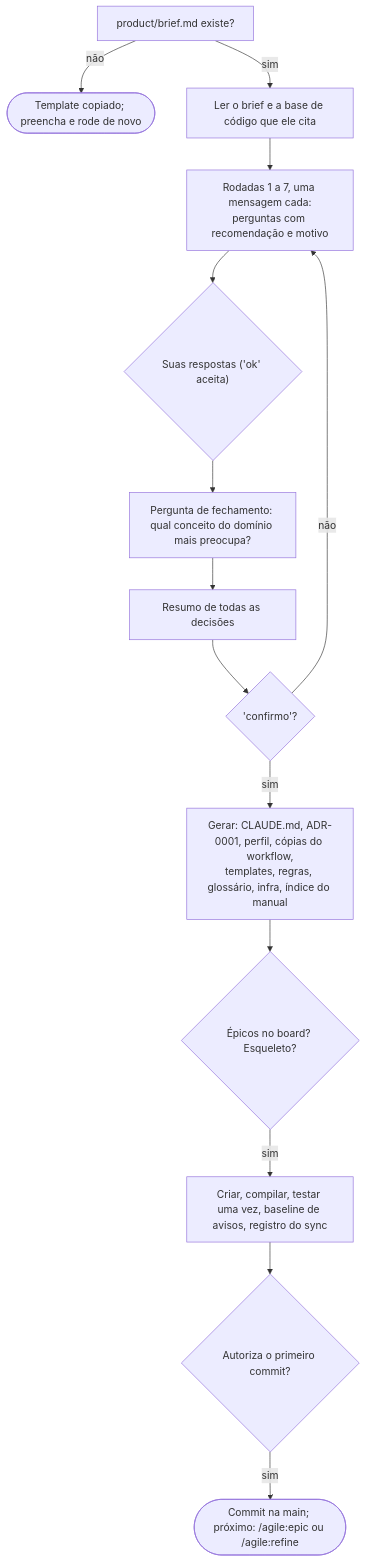
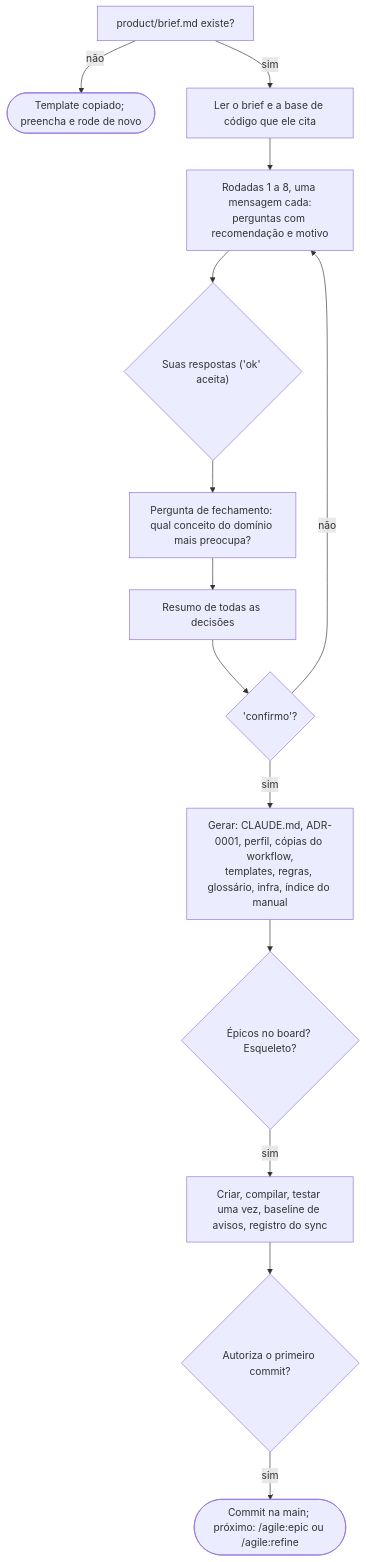
One commit to alexcanario/simulab changed the second of 15 diagrams in docs/agile/workflow.pt-BR.md. Above: the diagram before and after it, drawn with Mermaid. The commit also changed other lines of this file and 2 other files, not shown here.

````diff
--- a/docs/agile/workflow.pt-BR.md
+++ b/docs/agile/workflow.pt-BR.md
@@ -833,16 +856,16 @@
 ```mermaid
 flowchart TD
     A["product/brief.md existe?"] -->|não| A1(["Template copiado; preencha e rode de novo"])
     A -->|sim| B["Ler o brief e a base de código que ele cita"]
-    B --> C["Rodadas 1 a 7, uma mensagem cada:<br/>perguntas com recomendação e motivo"]
+    B --> C["Rodadas 1 a 8, uma mensagem cada:<br/>perguntas com recomendação e motivo"]
     C --> D{"Suas respostas ('ok' aceita)"}
     D --> E["Pergunta de fechamento: qual conceito do domínio mais preocupa?"]
     E --> F["Resumo de todas as decisões"]
     F --> G{"'confirmo'?"}
     G -->|não| C
     G -->|sim| H["Gerar: CLAUDE.md, ADR-0001, perfil, cópias do workflow,<br/>templates, regras, glossário, infra, índice do manual"]
     H --> I{"Épicos no board? Esqueleto?"}
     I -->|sim| J["Criar, compilar, testar uma vez, baseline de avisos, registro do sync"]
     J --> K{"Autoriza o primeiro commit?"}
     K -->|sim| L(["Commit na main; próximo: /agile:epic ou /agile:refine"])
 ```
````
